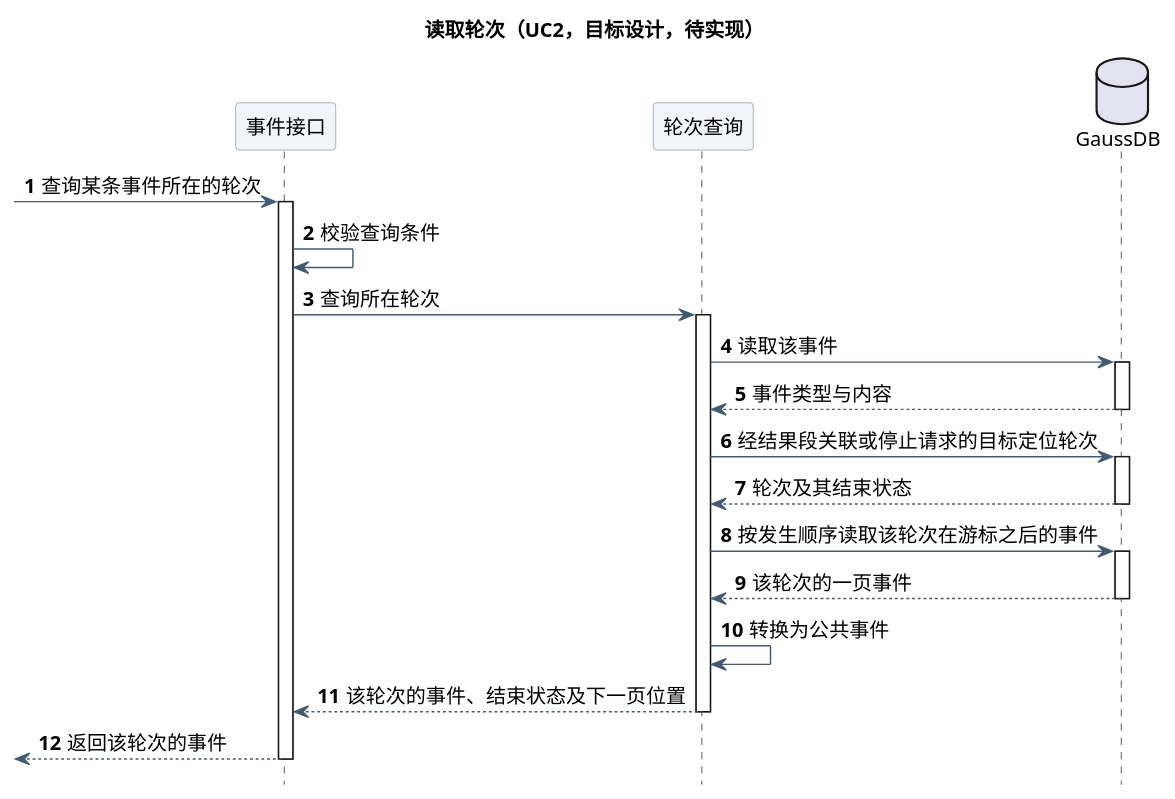
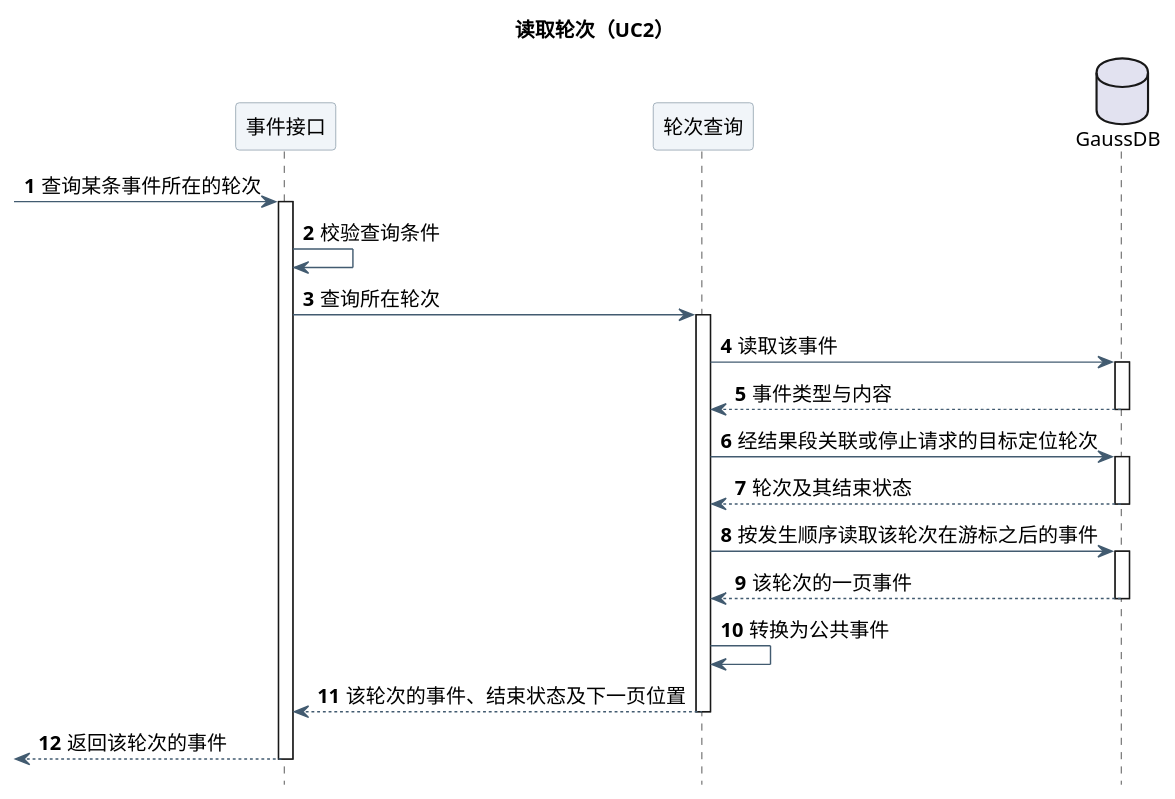
One commit to ssm0808/pi-mono-java-design changed the second of 3 diagrams in 01-总体架构/01-CampusClaw多Agent运行时/设计图/Agent用户事件查询/diagram.puml. Above: the diagram before and after it, drawn with PlantUML. The commit also changed other lines of this file and 3 other files, not shown here.

First line of the commit message:
去掉 UC2 详细时序图和类图标题中的状态标注

```diff
--- a/01-总体架构/01-CampusClaw多Agent运行时/设计图/Agent用户事件查询/diagram.puml
+++ b/01-总体架构/01-CampusClaw多Agent运行时/设计图/Agent用户事件查询/diagram.puml
@@ -54,48 +54,48 @@
 @startuml event_turn_resolution
 ' 源码证据：pi-mono-java main 769e86592285f4a25b0febaf551eddea6bc7212c
 ' modules/coding-agent-cli/src/main/java/com/campusclaw/codingagent/runtimeapi/
 ' persistence/RuntimeExecutionPersistenceService.java:acceptMessage,acceptInterrupt,appendEntry
 ' persistence/MyBatisRuntimeExecutionControlRepository.java:linkCommittedEvent,appendToSegment,markTerminal
 ' event/RuntimeCompactionEventProjector.java:persistCompaction
 ' modules/coding-agent-cli/src/main/resources/mapper/session/RuntimeSessionMapper.xml:findCommittedEvent
 ' 已观察行为：user.message、续跑、Agent 输出和 idle 都关联到结果段；
 ' user.interrupt 只保存 targetEventId；执行内自动压缩尚未关联。
 ' 设计原因：复用根执行作为轮次身份，不新增轮次表。
 skinparam backgroundColor white
 skinparam defaultFontName SansSerif
 skinparam defaultFontSize 14
 skinparam shadowing false
 skinparam ArrowColor #425B70
 skinparam sequenceParticipantBackgroundColor #F1F5F9
 skinparam sequenceParticipantBorderColor #8496A4
 skinparam sequenceMessageAlign left
 skinparam maxMessageSize 190
 hide footbox
 autonumber
-title 读取轮次（UC2，目标设计，待实现）
+title 读取轮次（UC2）
 participant "事件接口" as Web
 participant "轮次查询" as Svc
 database "GaussDB" as DB
 [-> Web : 查询某条事件所在的轮次
 activate Web
 Web -> Web : 校验查询条件
 Web -> Svc : 查询所在轮次
 activate Svc
 Svc -> DB : 读取该事件
 activate DB
 DB --> Svc : 事件类型与内容
 deactivate DB
 Svc -> DB : 经结果段关联或停止请求的目标定位轮次
 activate DB
 DB --> Svc : 轮次及其结束状态
 deactivate DB
 Svc -> DB : 按发生顺序读取该轮次在游标之后的事件
 activate DB
 DB --> Svc : 该轮次的一页事件
 deactivate DB
 Svc -> Svc : 转换为公共事件
 Svc --> Web : 该轮次的事件、结束状态及下一页位置
 deactivate Svc
 [<-- Web : 返回该轮次的事件
 deactivate Web
 @enduml
```
